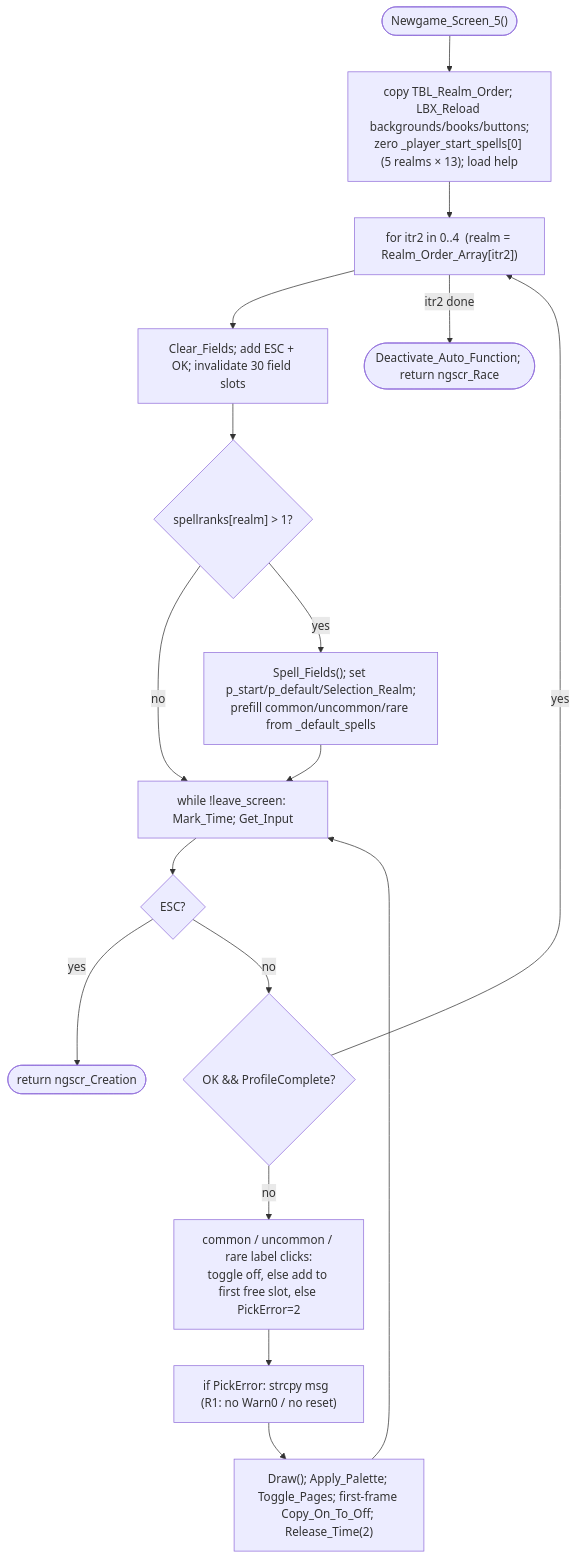
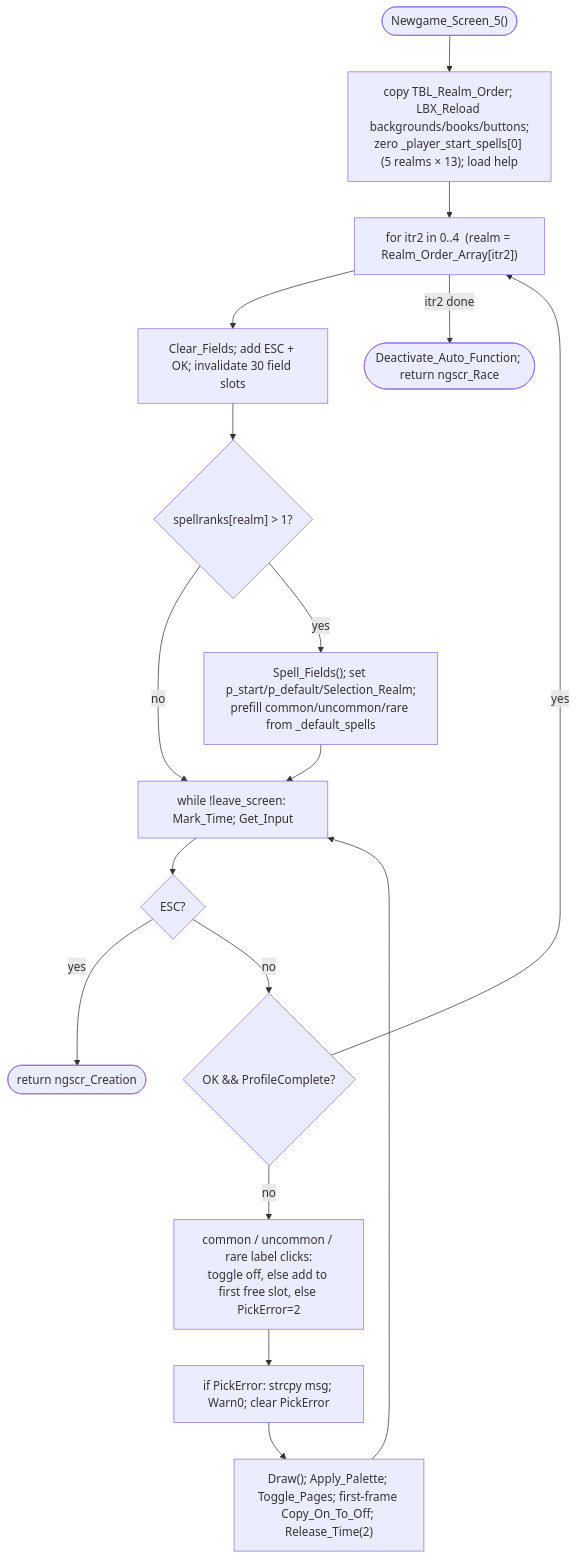
Before and after one commit to jbalcomb/ReMoM: the diagram in doc/NewGame/NEWGAME-Newgame_Screen_5.md, drawn with Mermaid. The commit also changed other lines of this file and 8 other files, not shown here.

````diff
--- a/doc/NewGame/NEWGAME-Newgame_Screen_5.md
+++ b/doc/NewGame/NEWGAME-Newgame_Screen_5.md
@@ -34,26 +33,26 @@
 ```mermaid
 flowchart TD
     Entry(["Newgame_Screen_5()"])
     Load["copy TBL_Realm_Order; LBX_Reload backgrounds/books/buttons;<br/>zero _player_start_spells[0] (5 realms × 13); load help"]
     RealmLoop["for itr2 in 0..4  (realm = Realm_Order_Array[itr2])"]
     Fields["Clear_Fields; add ESC + OK; invalidate 30 field slots"]
     HasBooks{"spellranks[realm] > 1?"}
     Prefill["Spell_Fields(); set p_start/p_default/Selection_Realm;<br/>prefill common/uncommon/rare from _default_spells"]
     InputLoop["while !leave_screen: Mark_Time; Get_Input"]
     Esc{"ESC?"}
     Ok{"OK && ProfileComplete?"}
     Clicks["common / uncommon / rare label clicks:<br/>toggle off, else add to first free slot, else PickError=2"]
-    Err["if PickError: strcpy msg  (R1: no Warn0 / no reset)"]
+    Err["if PickError: strcpy msg; Warn0; clear PickError"]
     Draw["Draw(); Apply_Palette; Toggle_Pages; first-frame Copy_On_To_Off; Release_Time(2)"]
     Done(["Deactivate_Auto_Function; return ngscr_Race"])
 
     Entry --> Load --> RealmLoop --> Fields --> HasBooks
     HasBooks -->|no| InputLoop
     HasBooks -->|yes| Prefill --> InputLoop
     InputLoop --> Esc
     Esc -->|yes| ReturnCreation(["return ngscr_Creation"])
     Esc -->|no| Ok
     Ok -->|yes| RealmLoop
     Ok -->|no| Clicks --> Err --> Draw --> InputLoop
     RealmLoop -->|itr2 done| Done
 ```
````
